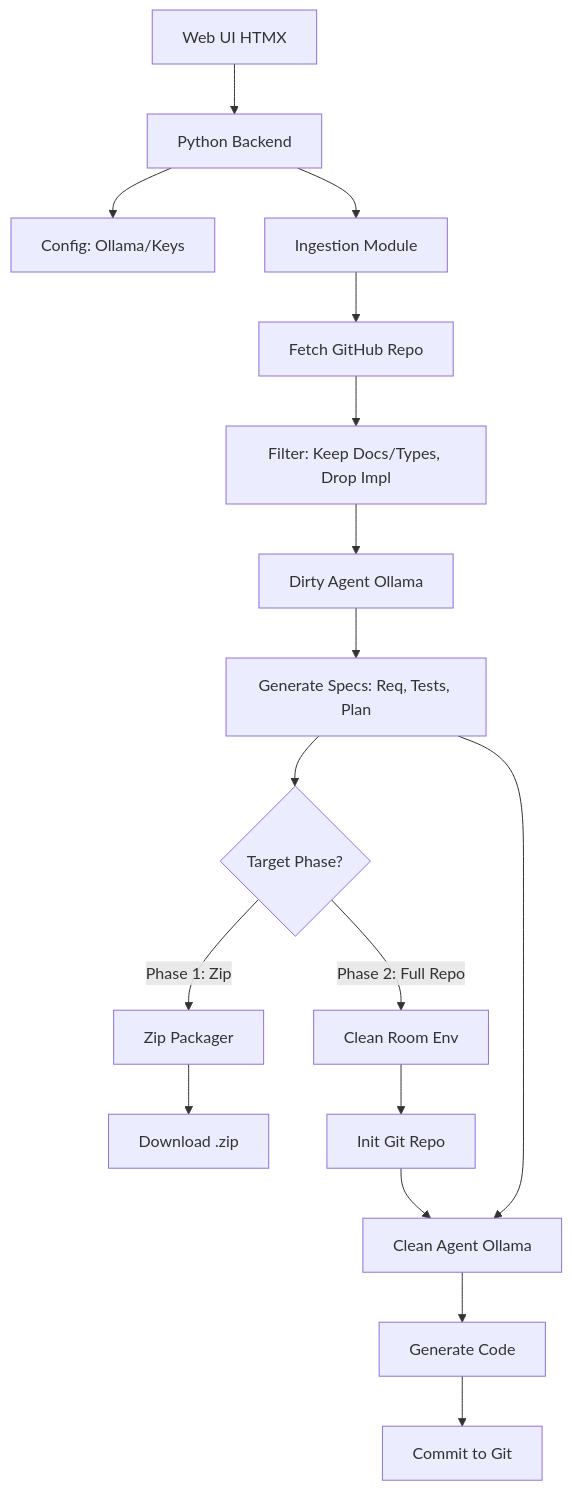
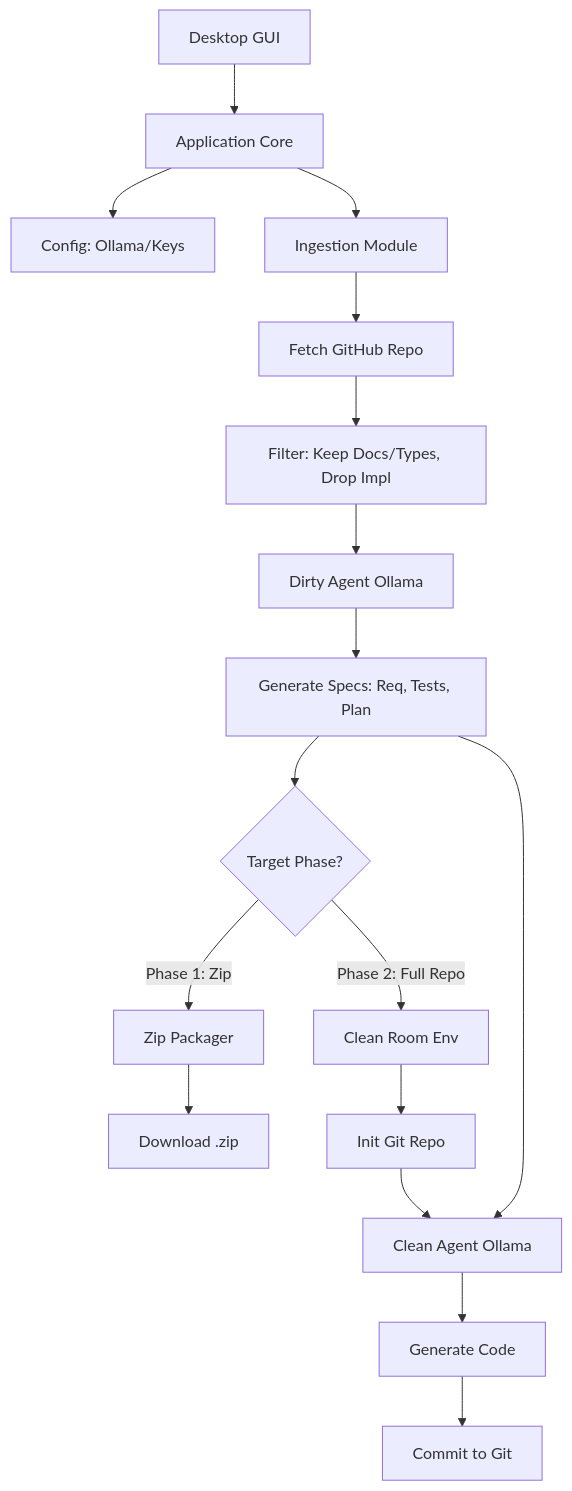
The diagram in REQUIREMENTS.md (Ciemaar/Spite), drawn with Mermaid before and after one commit. The commit also changed other lines of this file and 6 other files, not shown here.

First line of the commit message:
docs: Refactor planning documents for Python desktop app architecture

````diff
--- a/REQUIREMENTS.md
+++ b/REQUIREMENTS.md
@@ -112,24 +112,24 @@
 ```mermaid
 graph TD
-    UI[Web UI HTMX] --> API[Python Backend]
-    API --> Config[Config: Ollama/Keys]
+    UI[Desktop GUI] --> Core[Application Core]
+    Core --> Config[Config: Ollama/Keys]
 
-    API --> Ingest[Ingestion Module]
+    Core --> Ingest[Ingestion Module]
     Ingest --> Fetch[Fetch GitHub Repo]
     Fetch --> Filter[Filter: Keep Docs/Types, Drop Impl]
 
     Filter --> DirtyAgent[Dirty Agent Ollama]
     DirtyAgent --> Specs[Generate Specs: Req, Tests, Plan]
 
     Specs --> TargetPhase{Target Phase?}
 
     TargetPhase -- Phase 1: Zip --> Packager[Zip Packager]
     Packager --> Download[Download .zip]
 
     TargetPhase -- Phase 2: Full Repo --> CleanRoom[Clean Room Env]
     CleanRoom --> InitGit[Init Git Repo]
     InitGit --> CleanAgent[Clean Agent Ollama]
     Specs --> CleanAgent
     CleanAgent --> GenCode[Generate Code]
     GenCode --> Commit[Commit to Git]
 ```
````
